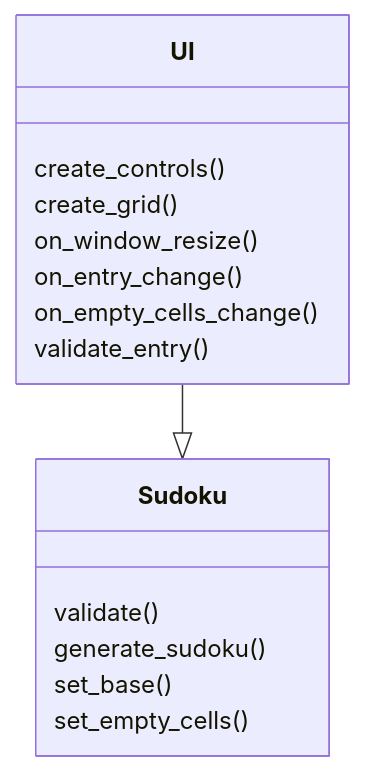
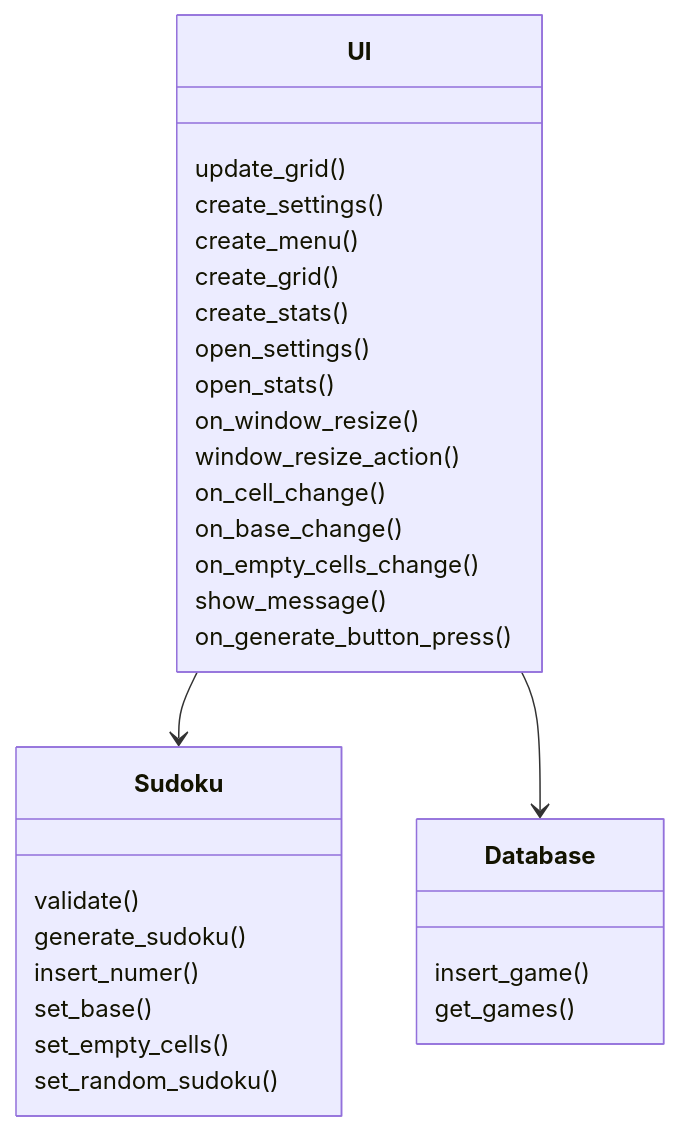
The first of 2 diagrams in dokumentaatio/arkkitehtuuri.md (maazjes/ohte), drawn with Mermaid before and after one commit. The commit also changed other lines of this file and 2 other files, not shown here.

````diff
--- a/dokumentaatio/arkkitehtuuri.md
+++ b/dokumentaatio/arkkitehtuuri.md
@@ -12,18 +13,33 @@
 ```mermaid
 classDiagram
     class UI{
-        create_controls()
+        update_grid()
+        create_settings()
+        create_menu()
         create_grid()
+        create_stats()
+        open_settings()
+        open_stats()
         on_window_resize()
-        on_entry_change()
+        window_resize_action()
+        on_cell_change()
+        on_base_change()
         on_empty_cells_change()
-        validate_entry()
+        show_message()
+        on_generate_button_press()
     }
     class Sudoku{
         validate()
         generate_sudoku()
+        insert_numer()
         set_base()
         set_empty_cells()
+        set_random_sudoku()
     }
-    UI --|> Sudoku
+    class Database{
+        insert_game()
+        get_games()
+    }
+    UI --> Sudoku
+    UI --> Database
 ```
````
